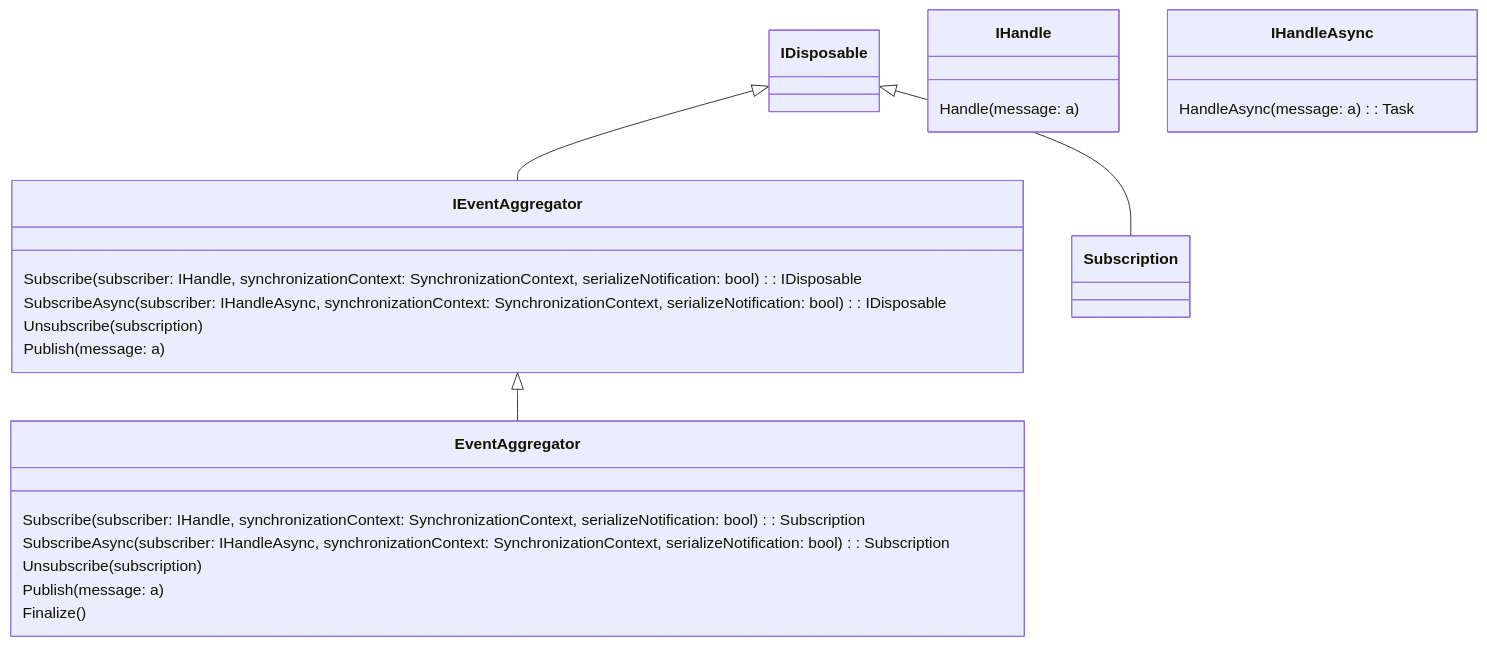
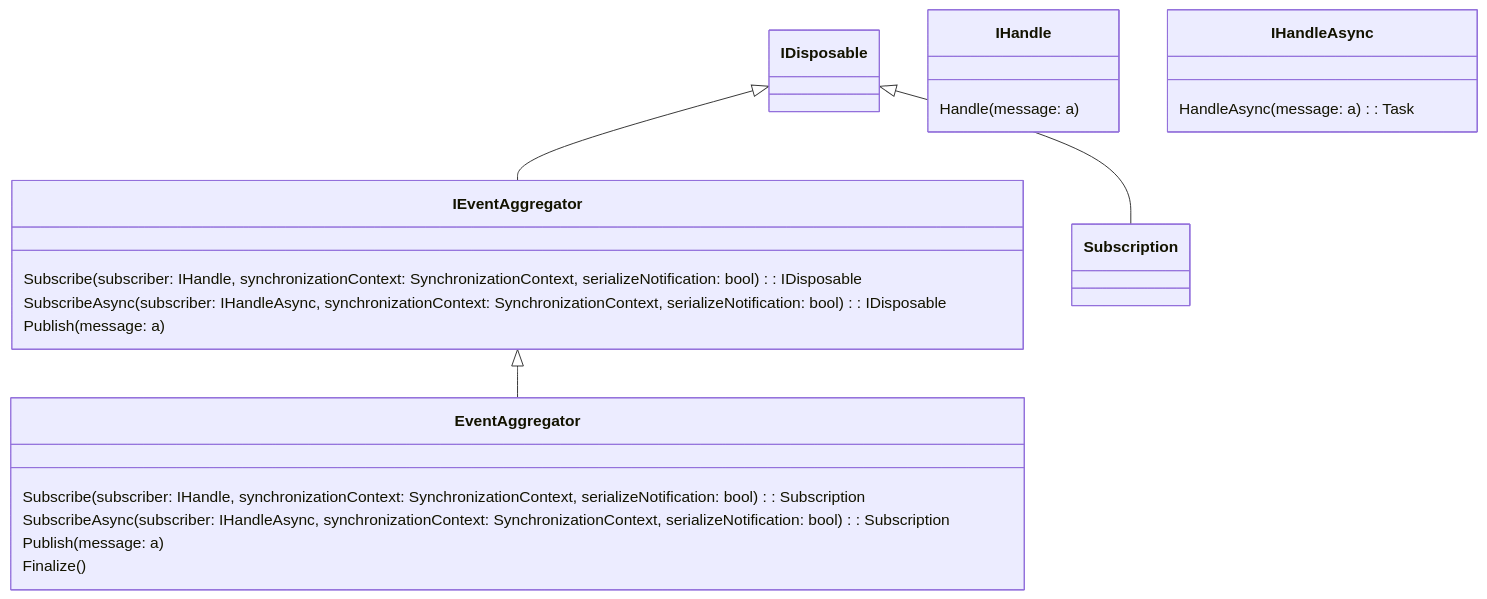
One commit to mwo-dk/event-aggregation changed the diagram in README.md. Above: the diagram before and after it, drawn with Mermaid. The commit also changed 12 other files, not shown here.

````diff
--- a/README.md
+++ b/README.md
@@ -28,28 +28,26 @@
 ```mermaid
 classDiagram
 IDisposable <|-- IEventAggregator
 IEventAggregator <|-- EventAggregator
 IDisposable <|-- Subscription
 
 class IHandle {
     Handle(message: a)
 }
 class IHandleAsync {
     HandleAsync(message: a) : Task
 }
 
 class IEventAggregator {
     Subscribe(subscriber: IHandle, synchronizationContext: SynchronizationContext, serializeNotification: bool) : IDisposable
     SubscribeAsync(subscriber: IHandleAsync, synchronizationContext: SynchronizationContext, serializeNotification: bool) : IDisposable
-    Unsubscribe(subscription)
     Publish(message: a)
 }
 
 class EventAggregator {
     Subscribe(subscriber: IHandle, synchronizationContext: SynchronizationContext, serializeNotification: bool) : Subscription
     SubscribeAsync(subscriber: IHandleAsync, synchronizationContext: SynchronizationContext, serializeNotification: bool) : Subscription
-    Unsubscribe(subscription)
     Publish(message: a)
     Finalize()
 }
 ```
````
